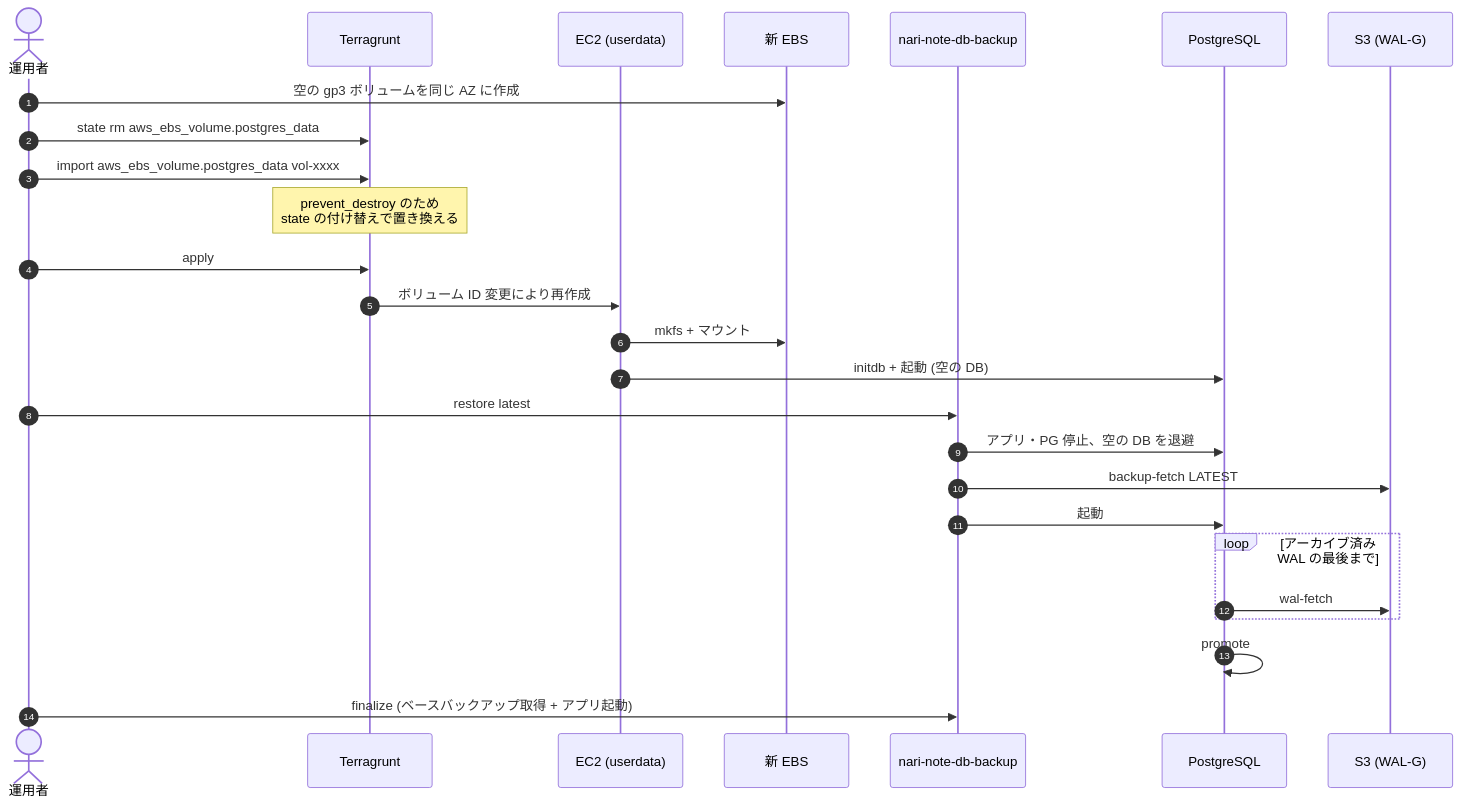
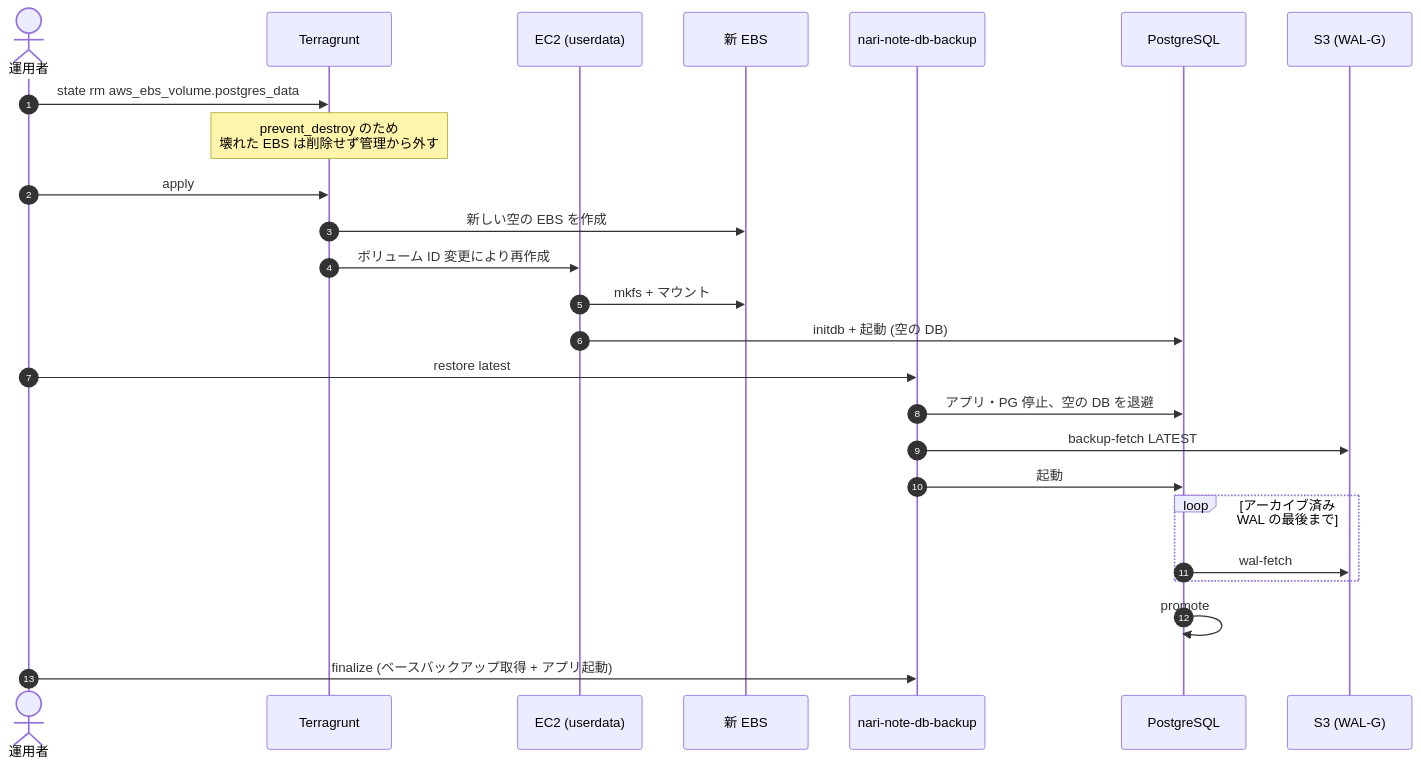
Before and after one commit to doguto/nari-note: the sixth of 8 diagrams in infrastruture/docs/db-backup-recovery.md, drawn with Mermaid. The commit also changed other lines of this file and 1 other file, not shown here.

Commit message:
Docs: DB リストア手順書を追加

````diff
--- a/infrastruture/docs/db-backup-recovery.md
+++ b/infrastruture/docs/db-backup-recovery.md
@@ -260,30 +260,29 @@
 ```mermaid
 sequenceDiagram
     autonumber
     actor Op as 運用者
     participant TF as Terragrunt
     participant EC2 as EC2 (userdata)
     participant EBS as 新 EBS
     participant Sc as nari-note-db-backup
     participant PG as PostgreSQL
     participant S3 as S3 (WAL-G)
 
-    Op->>EBS: 空の gp3 ボリュームを同じ AZ に作成
     Op->>TF: state rm aws_ebs_volume.postgres_data
-    Op->>TF: import aws_ebs_volume.postgres_data vol-xxxx
-    Note over TF: prevent_destroy のため<br/>state の付け替えで置き換える
+    Note over TF: prevent_destroy のため<br/>壊れた EBS は削除せず管理から外す
     Op->>TF: apply
+    TF->>EBS: 新しい空の EBS を作成
     TF->>EC2: ボリューム ID 変更により再作成
     EC2->>EBS: mkfs + マウント
     EC2->>PG: initdb + 起動 (空の DB)
 
     Op->>Sc: restore latest
     Sc->>PG: アプリ・PG 停止、空の DB を退避
     Sc->>S3: backup-fetch LATEST
     Sc->>PG: 起動
     loop アーカイブ済み WAL の最後まで
         PG->>S3: wal-fetch
     end
     PG->>PG: promote
     Op->>Sc: finalize (ベースバックアップ取得 + アプリ起動)
 ```
````
